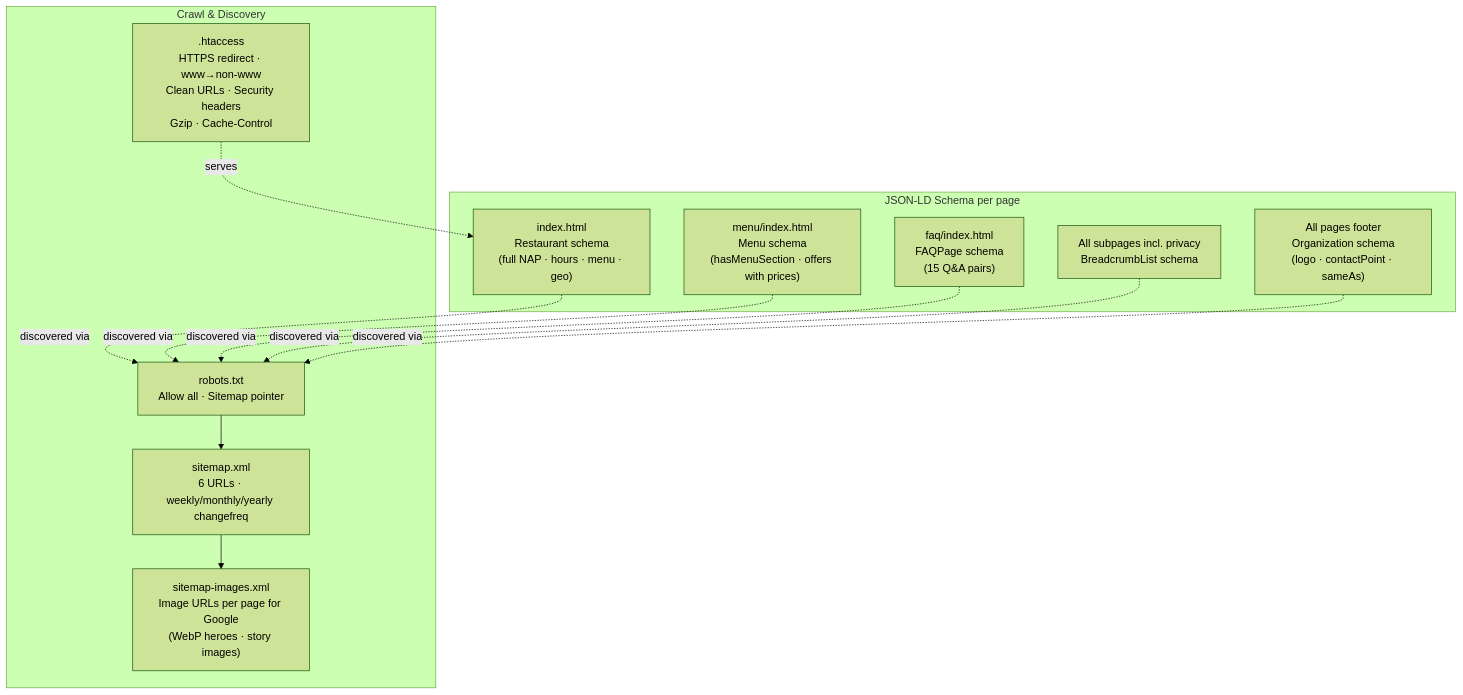
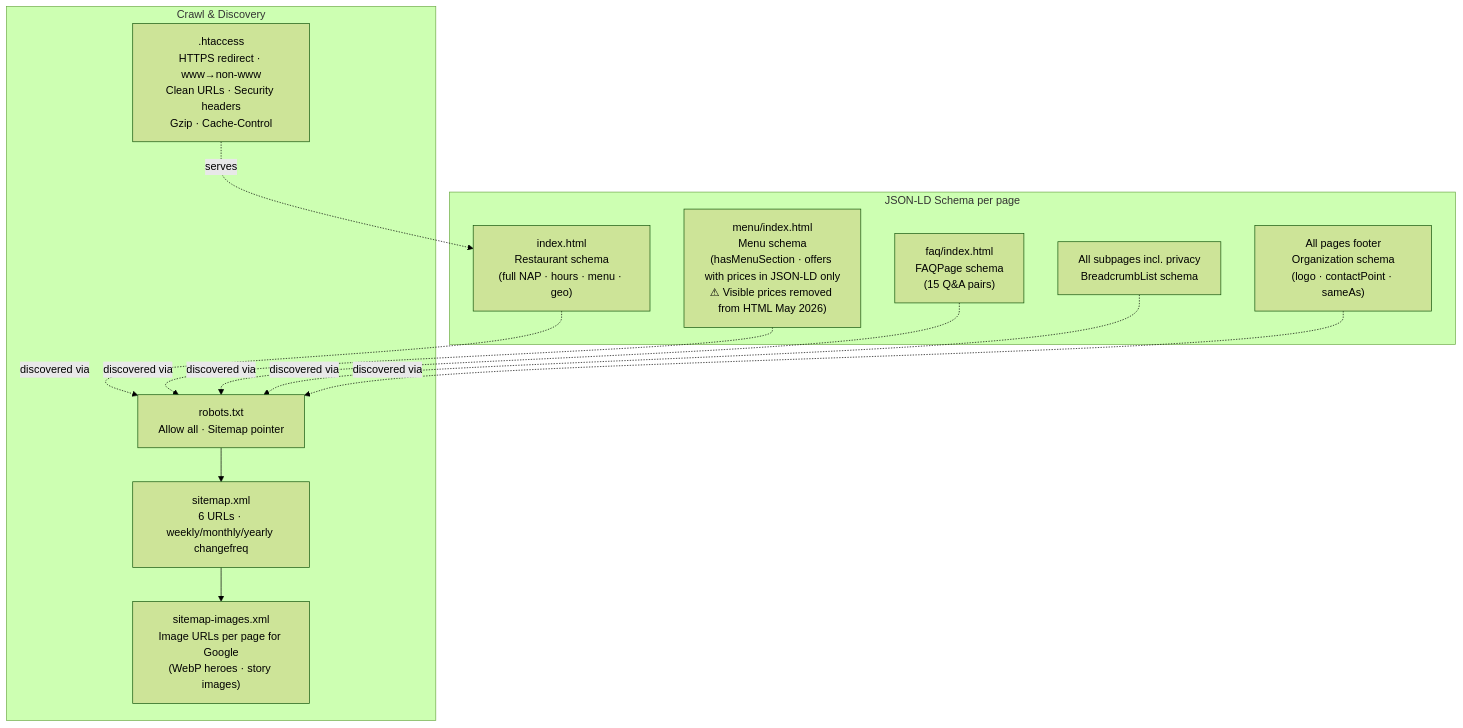
Before and after one commit to mahesh9403/Cafe-110-v2: the sixth of 7 diagrams in SITEMAP.md, drawn with Mermaid (forest theme). The commit also changed other lines of this file and 33 other files, not shown here.

First line of the commit message:
feat: update hero images, remove night slide, and drop menu prices

````diff
--- a/SITEMAP.md
+++ b/SITEMAP.md
@@ -262,21 +265,21 @@
 ```mermaid
 graph TD
     subgraph SCHEMA["JSON-LD Schema per page"]
         SC1["index.html\nRestaurant schema\n(full NAP · hours · menu · geo)"]
-        SC2["menu/index.html\nMenu schema\n(hasMenuSection · offers with prices)"]
+        SC2["menu/index.html\nMenu schema\n(hasMenuSection · offers with prices in JSON-LD only\n⚠ Visible prices removed from HTML May 2026)"]
         SC3["faq/index.html\nFAQPage schema\n(15 Q&A pairs)"]
         SC4["All subpages incl. privacy\nBreadcrumbList schema"]
         SC5["All pages footer\nOrganization schema\n(logo · contactPoint · sameAs)"]
     end
 
     subgraph CRAWL["Crawl & Discovery"]
         R["robots.txt\nAllow all · Sitemap pointer"]
         SX["sitemap.xml\n6 URLs · weekly/monthly/yearly changefreq"]
         SI["sitemap-images.xml\nImage URLs per page for Google\n(WebP heroes · story images)"]
         HT[".htaccess\nHTTPS redirect · www→non-www\nClean URLs · Security headers\nGzip · Cache-Control"]
     end
 
     SC1 & SC2 & SC3 & SC4 & SC5 -.->|"discovered via"| R
     R --> SX --> SI
     HT -.->|"serves"| SC1
 ```
````
